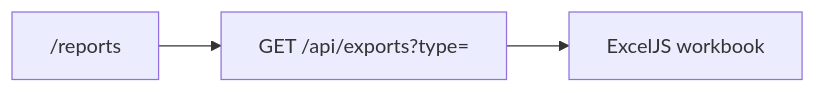
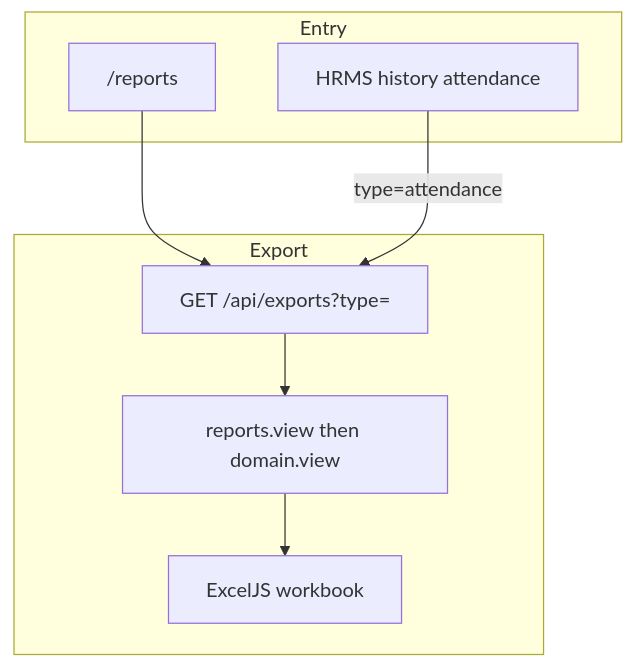
The first of 2 diagrams in docs/mlf flows/reports_flow.md (psmpasupathi009/mlf), drawn with Mermaid before and after one commit. The commit also changed other lines of this file and 52 other files, not shown here.

````diff
--- a/docs/mlf flows/reports_flow.md
+++ b/docs/mlf flows/reports_flow.md
@@ -12,5 +7,16 @@
 ```mermaid
-flowchart LR
-  page["/reports"] --> api["GET /api/exports?type="]
-  api --> xlsx["ExcelJS workbook"]
+flowchart TD
+  subgraph entry [Entry]
+    page["/reports"]
+    hrmsHist["HRMS history attendance"]
+  end
+
+  subgraph export [Export]
+    api["GET /api/exports?type="]
+    gate["reports.view then domain.view"]
+    xlsx["ExcelJS workbook"]
+  end
+
+  page --> api --> gate --> xlsx
+  hrmsHist -->|"type=attendance"| api
 ```
````
